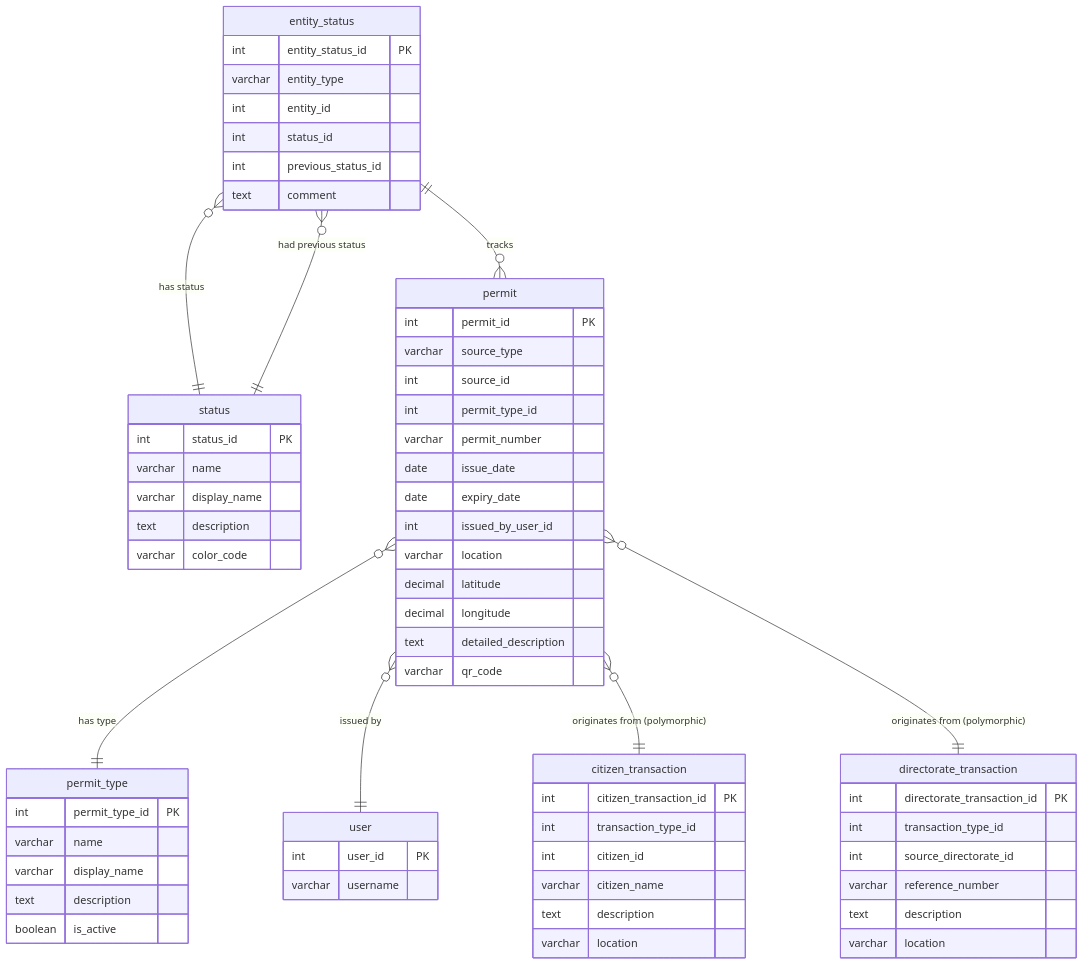
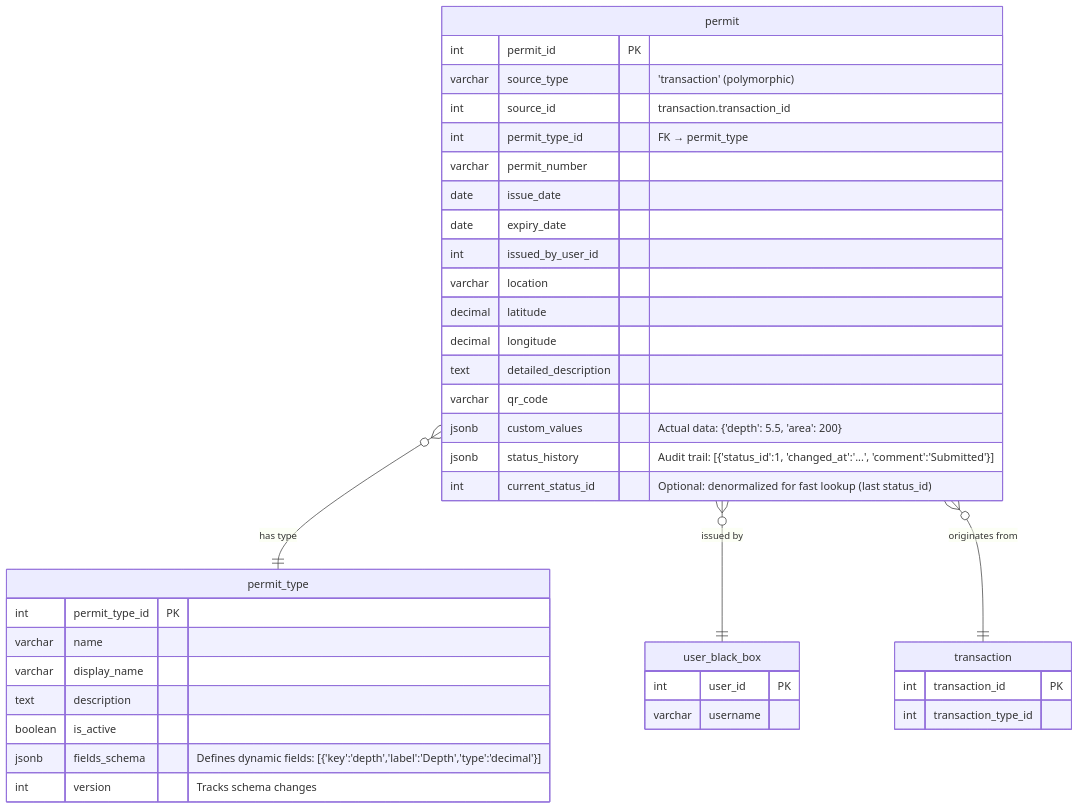
The diagram in src/site/notes/الأقسام/الرخص/مخطط erd-mermaid الرخص.md (MazenXv2/MazenXv2.github.io), drawn with Mermaid before and after one commit. The commit also changed 15 other files, not shown here.

````diff
--- a/src/site/notes/الأقسام/الرخص/مخطط erd-mermaid الرخص.md
+++ b/src/site/notes/الأقسام/الرخص/مخطط erd-mermaid الرخص.md
@@ -5,7 +5,7 @@
 ```mermaid
 erDiagram
     %% ============================================
-    %% PERMIT SECTION
+    %% PERMIT SECTION (Hybrid Design)
     %% ============================================
 
     %% ============================================
@@ -17,45 +17,26 @@
         varchar display_name
         text description
         boolean is_active
-    }
-
-    status {
-        int status_id PK
-        varchar name
-        varchar display_name
-        text description
-        varchar color_code
+        jsonb fields_schema   "Defines dynamic fields: [{'key':'depth','label':'Depth','type':'decimal'}]"
+        int version           "Tracks schema changes"
     }
 
     %% ============================================
     %% TRANSACTION TABLES (Source)
     %% ============================================
-    citizen_transaction {
-        int citizen_transaction_id PK
+    transaction {
+        int transaction_id PK
         int transaction_type_id
-        int citizen_id
-        varchar citizen_name
-        text description
-        varchar location
-    }
-
-    directorate_transaction {
-        int directorate_transaction_id PK
-        int transaction_type_id
-        int source_directorate_id
-        varchar reference_number
-        text description
-        varchar location
     }
 
     %% ============================================
-    %% PERMIT TABLES
+    %% PERMIT TABLES (Core)
     %% ============================================
     permit {
         int permit_id PK
-        varchar source_type
-        int source_id
-        int permit_type_id
+        varchar source_type          "'transaction' (polymorphic)"
+        int source_id               "transaction.transaction_id"
+        int permit_type_id          "FK → permit_type"
         varchar permit_number
         date issue_date
         date expiry_date
@@ -65,24 +46,15 @@
         decimal longitude
         text detailed_description
         varchar qr_code
+        jsonb custom_values         "Actual data: {'depth': 5.5, 'area': 200}"
+        jsonb status_history        "Audit trail: [{'status_id':1, 'changed_at':'...', 'comment':'Submitted'}]"
+        int current_status_id       "Optional: denormalized for fast lookup (last status_id)"
     }
 
     %% ============================================
-    %% STATUS TRACKING (Global)
+    %% REFERENCED TABLES (Black Box)
     %% ============================================
-    entity_status {
-        int entity_status_id PK
-        varchar entity_type
-        int entity_id
-        int status_id
-        int previous_status_id
-        text comment
-    }
-
-    %% ============================================
-    %% REFERENCED TABLES (Black Box - For Context)
-    %% ============================================
-    user {
+    user_black_box {
         int user_id PK
         varchar username
     }
@@ -91,12 +63,6 @@
     %% RELATIONSHIPS
     %% ============================================
     permit }o--|| permit_type : "has type"
-    permit }o--|| user : "issued by"
-
-    permit }o--|| citizen_transaction : "originates from (polymorphic)"
-    permit }o--|| directorate_transaction : "originates from (polymorphic)"
-
-    entity_status }o--|| status : "has status"
-    entity_status }o--|| status : "had previous status"
-    entity_status ||--o{ permit : "tracks"
+    permit }o--|| user_black_box : "issued by"
+    permit }o--|| transaction : "originates from"
 ```
````
